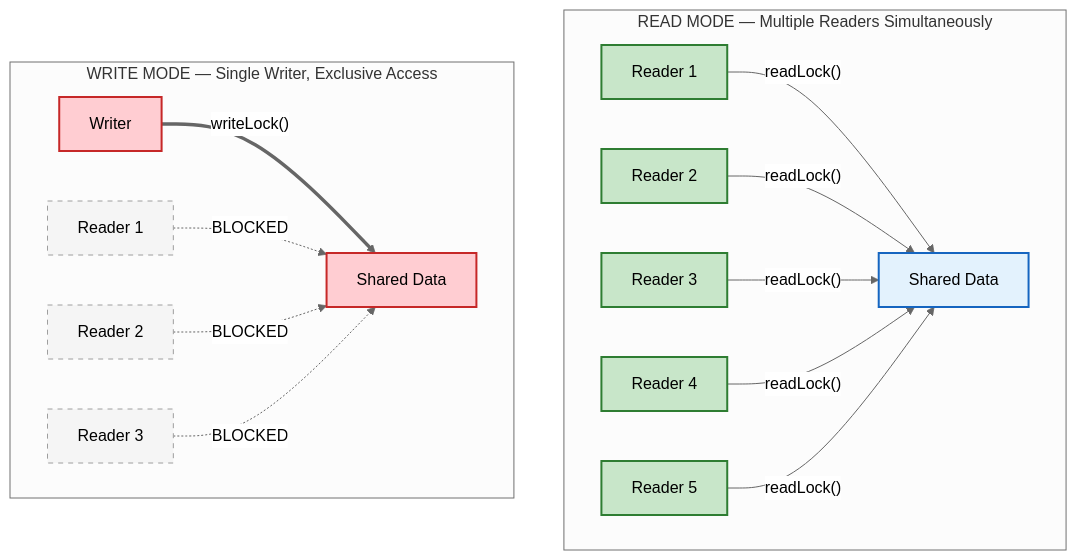
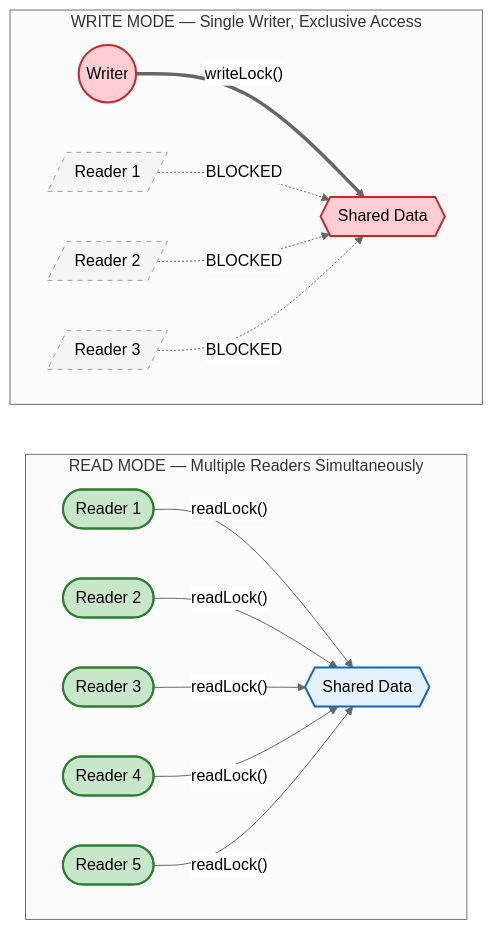
The first of 2 diagrams in docs/java/Locks.md (saivamsikaruturi/vamsilabs-dev-notes-main), drawn with Mermaid (neutral theme) before and after one commit. The commit also changed other lines of this file and 146 other files, not shown here.

Commit message:
Horizontal diagrams, UML class diagrams, typography overhaul, and permalink cleanup

````diff
--- a/docs/java/Locks.md
+++ b/docs/java/Locks.md
@@ -440,31 +440,31 @@
 ```mermaid
-graph TB
+flowchart LR
     subgraph ReadMode["READ MODE — Multiple Readers Simultaneously"]
         direction LR
-        R1["Reader 1"] -->|"readLock()"| DATA1["Shared Data"]
-        R2["Reader 2"] -->|"readLock()"| DATA1
-        R3["Reader 3"] -->|"readLock()"| DATA1
-        R4["Reader 4"] -->|"readLock()"| DATA1
-        R5["Reader 5"] -->|"readLock()"| DATA1
+        R1(["Reader 1"]) -->|"readLock()"| DATA1{{"Shared Data"}}
+        R2(["Reader 2"]) -->|"readLock()"| DATA1
+        R3(["Reader 3"]) -->|"readLock()"| DATA1
+        R4(["Reader 4"]) -->|"readLock()"| DATA1
+        R5(["Reader 5"]) -->|"readLock()"| DATA1
     end
 
     subgraph WriteMode["WRITE MODE — Single Writer, Exclusive Access"]
         direction LR
-        W1["Writer"] ==>|"writeLock()"| DATA2["Shared Data"]
-        RB1["Reader 1"] -.->|"BLOCKED"| DATA2
-        RB2["Reader 2"] -.->|"BLOCKED"| DATA2
-        RB3["Reader 3"] -.->|"BLOCKED"| DATA2
+        W1(("Writer")) ==>|"writeLock()"| DATA2{{"Shared Data"}}
+        RB1[/"Reader 1"/] -.->|"BLOCKED"| DATA2
+        RB2[/"Reader 2"/] -.->|"BLOCKED"| DATA2
+        RB3[/"Reader 3"/] -.->|"BLOCKED"| DATA2
     end
 
     style R1 fill:#c8e6c9,stroke:#2e7d32,stroke-width:2px
     style R2 fill:#c8e6c9,stroke:#2e7d32,stroke-width:2px
     style R3 fill:#c8e6c9,stroke:#2e7d32,stroke-width:2px
     style R4 fill:#c8e6c9,stroke:#2e7d32,stroke-width:2px
     style R5 fill:#c8e6c9,stroke:#2e7d32,stroke-width:2px
     style DATA1 fill:#e3f2fd,stroke:#1565c0,stroke-width:2px
     style W1 fill:#ffcdd2,stroke:#c62828,stroke-width:2px
     style DATA2 fill:#ffcdd2,stroke:#c62828,stroke-width:2px
     style RB1 fill:#f5f5f5,stroke:#9e9e9e,stroke-width:1px,stroke-dasharray: 5 5
     style RB2 fill:#f5f5f5,stroke:#9e9e9e,stroke-width:1px,stroke-dasharray: 5 5
     style RB3 fill:#f5f5f5,stroke:#9e9e9e,stroke-width:1px,stroke-dasharray: 5 5
 ```
````
